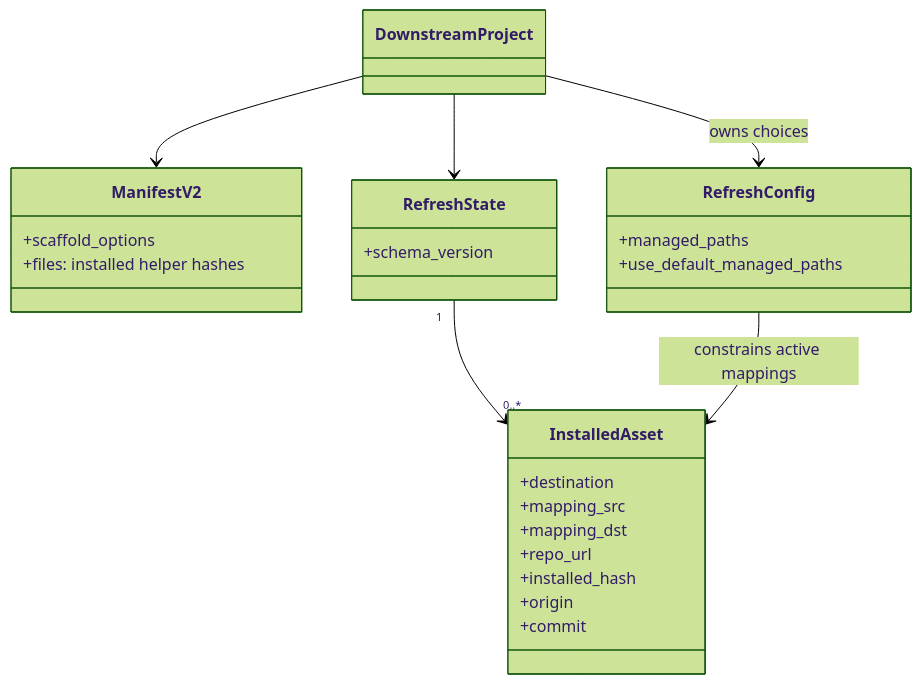
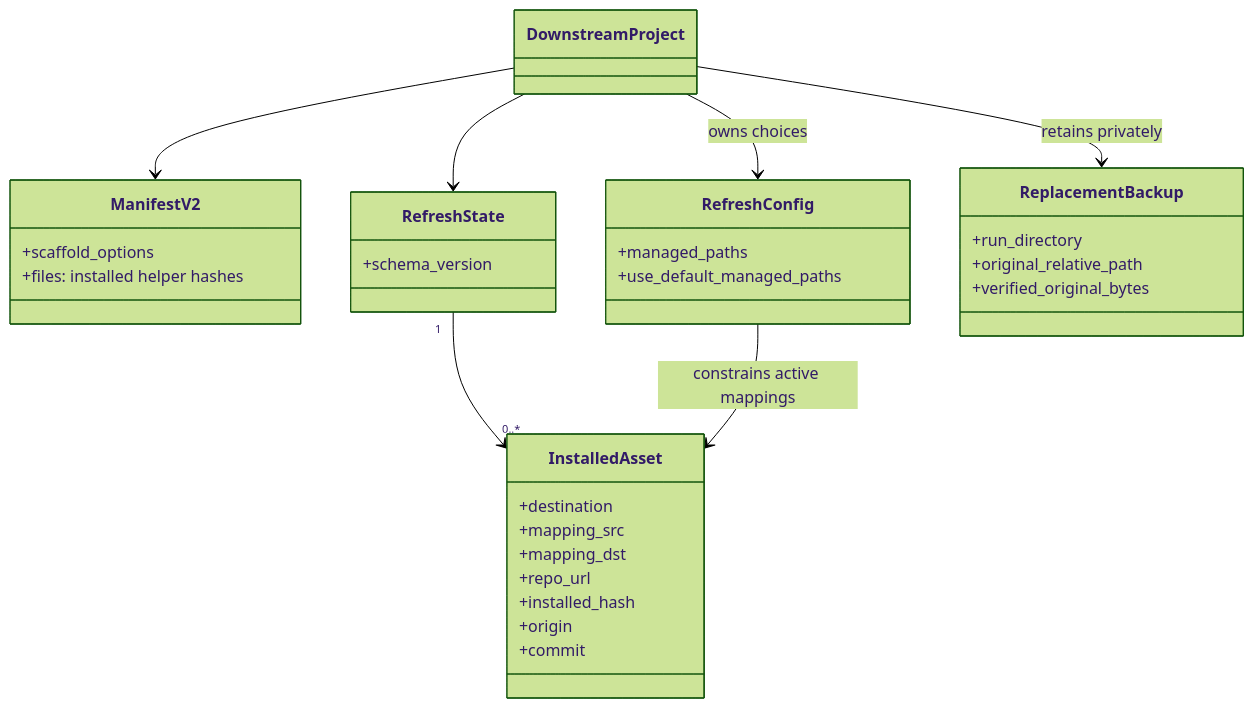
Before and after one commit to TE-ToshiakiTanaka2/tarnished: the fourth of 4 diagrams in docs/design/shared/class.md, drawn with Mermaid (forest theme). The commit also changed 24 other files, not shown here.

````diff
--- a/docs/design/shared/class.md
+++ b/docs/design/shared/class.md
@@ -136,29 +136,35 @@
 ```mermaid
 classDiagram
     class DownstreamProject
     class ManifestV2 {
         +scaffold_options
         +files: installed helper hashes
     }
     class RefreshConfig {
         +managed_paths
         +use_default_managed_paths
     }
     class RefreshState {
         +schema_version
     }
+    class ReplacementBackup {
+        +run_directory
+        +original_relative_path
+        +verified_original_bytes
+    }
+    DownstreamProject --> ReplacementBackup : retains privately
     class InstalledAsset {
         +destination
         +mapping_src
         +mapping_dst
         +repo_url
         +installed_hash
         +origin
         +commit
     }
     DownstreamProject --> ManifestV2
     DownstreamProject --> RefreshConfig : owns choices
     DownstreamProject --> RefreshState
     RefreshState "1" --> "0..*" InstalledAsset
     RefreshConfig --> InstalledAsset : constrains active mappings
 ```
````
